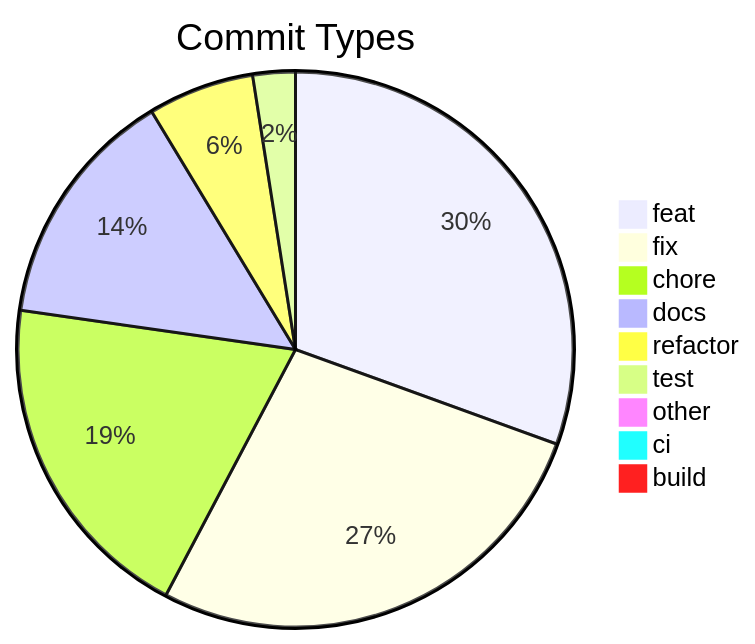
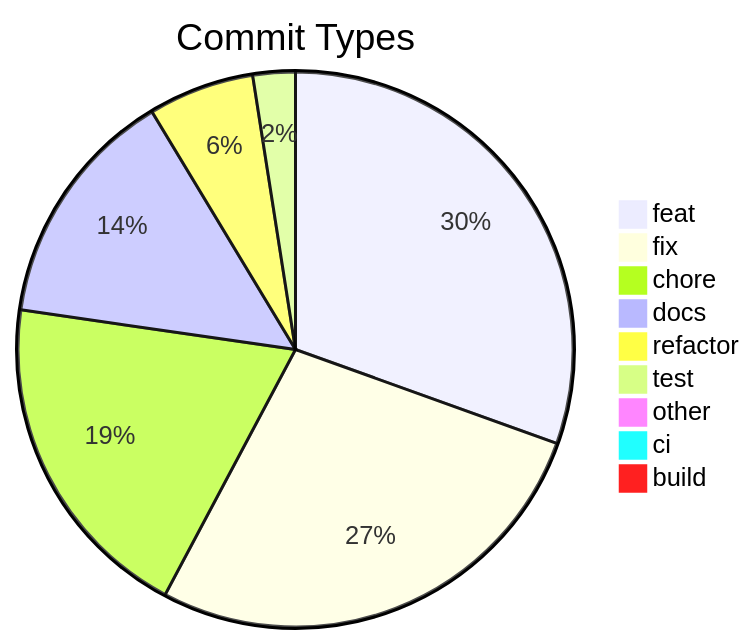
The diagram in .shipwright/compliance/change-history.md (svenroth-ai/shipwright), drawn with Mermaid before and after one commit. The commit also changed other lines of this file and 16 other files, not shown here.

````diff
--- a/.shipwright/compliance/change-history.md
+++ b/.shipwright/compliance/change-history.md
@@ -8,12 +8,12 @@
 ```mermaid
 pie title Commit Types
     "feat" : 247
-    "fix" : 220
+    "fix" : 221
     "chore" : 158
     "docs" : 114
     "refactor" : 50
     "test" : 20
     "other" : 7
     "ci" : 4
     "build" : 1
 ```
````
